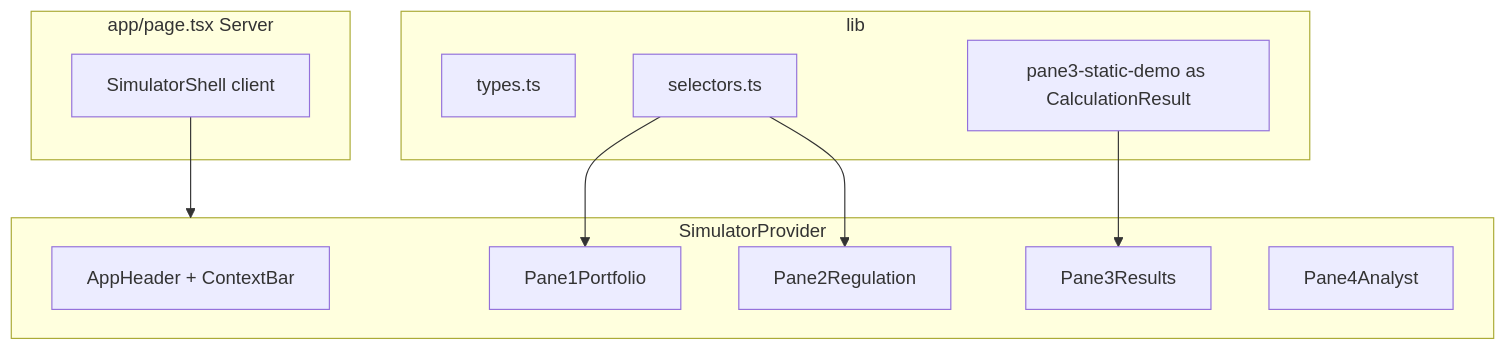
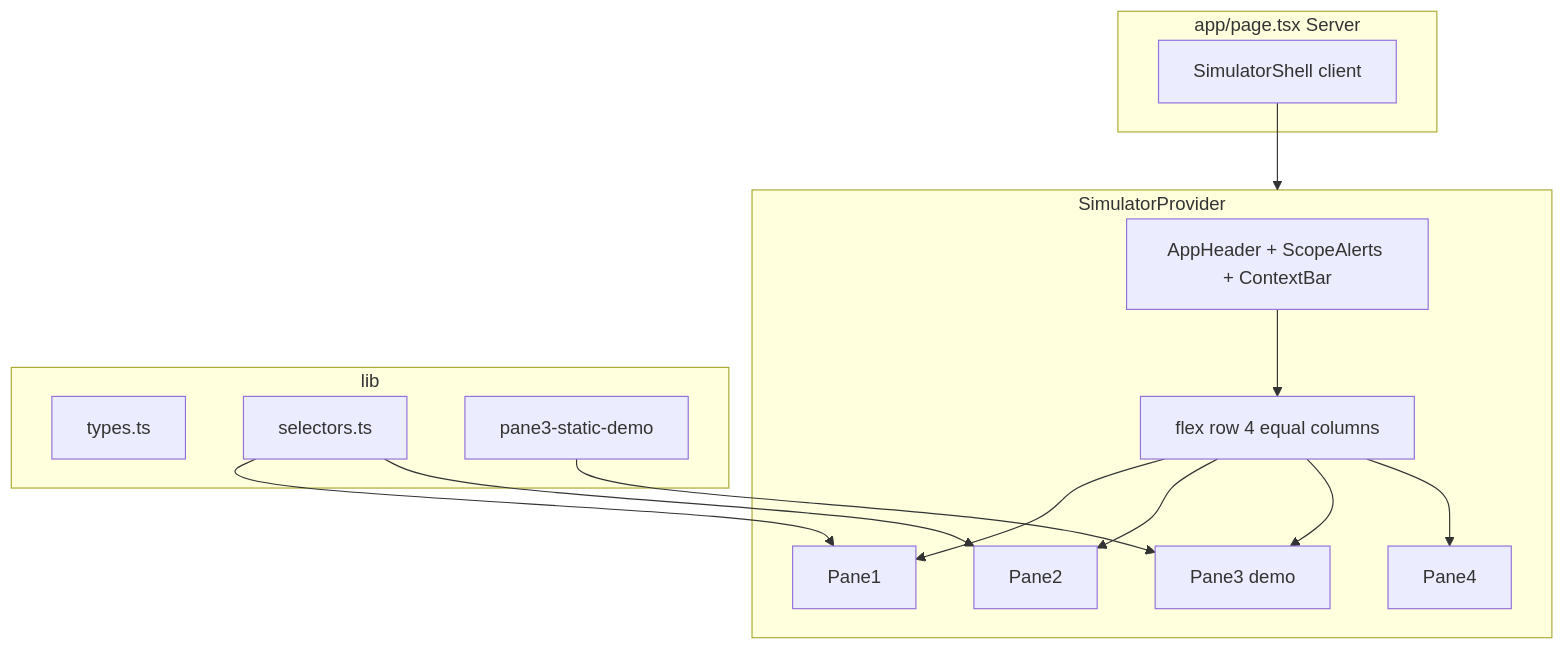
The diagram in docs/eu-co2-simulator-ui-plan.md (ponyoponyowakaishi-png/new-tool), drawn with Mermaid before and after one commit. The commit also changed other lines of this file and 11 other files, not shown here.

````diff
--- a/docs/eu-co2-simulator-ui-plan.md
+++ b/docs/eu-co2-simulator-ui-plan.md
@@ -42,22 +43,28 @@
 ```mermaid
 flowchart TB
   subgraph page [app/page.tsx Server]
     Shell[SimulatorShell client]
   end
   subgraph shell [SimulatorProvider]
-    Header[AppHeader + ContextBar]
-    P1[Pane1Portfolio]
-    P2[Pane2Regulation]
-    P3[Pane3Results]
-    P4[Pane4Analyst]
+    Header[AppHeader + ScopeAlerts + ContextBar]
+    Row[flex row 4 equal columns]
+    P1[Pane1]
+    P2[Pane2]
+    P3[Pane3 demo]
+    P4[Pane4]
   end
   subgraph lib [lib]
     Types[types.ts]
     Selectors[selectors.ts]
-    Demo[pane3-static-demo as CalculationResult]
+    Demo[pane3-static-demo]
   end
   Shell --> shell
+  Header --> Row
+  Row --> P1
+  Row --> P2
+  Row --> P3
+  Row --> P4
   Selectors --> P1
   Selectors --> P2
   Demo --> P3
 ```
````
